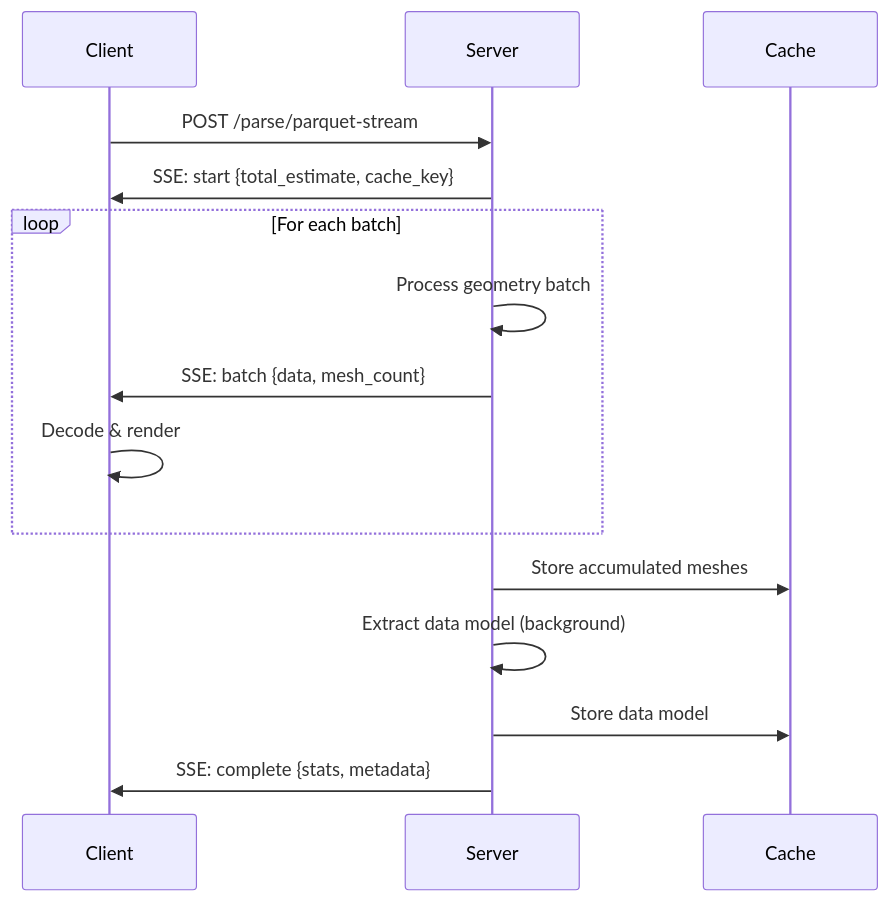
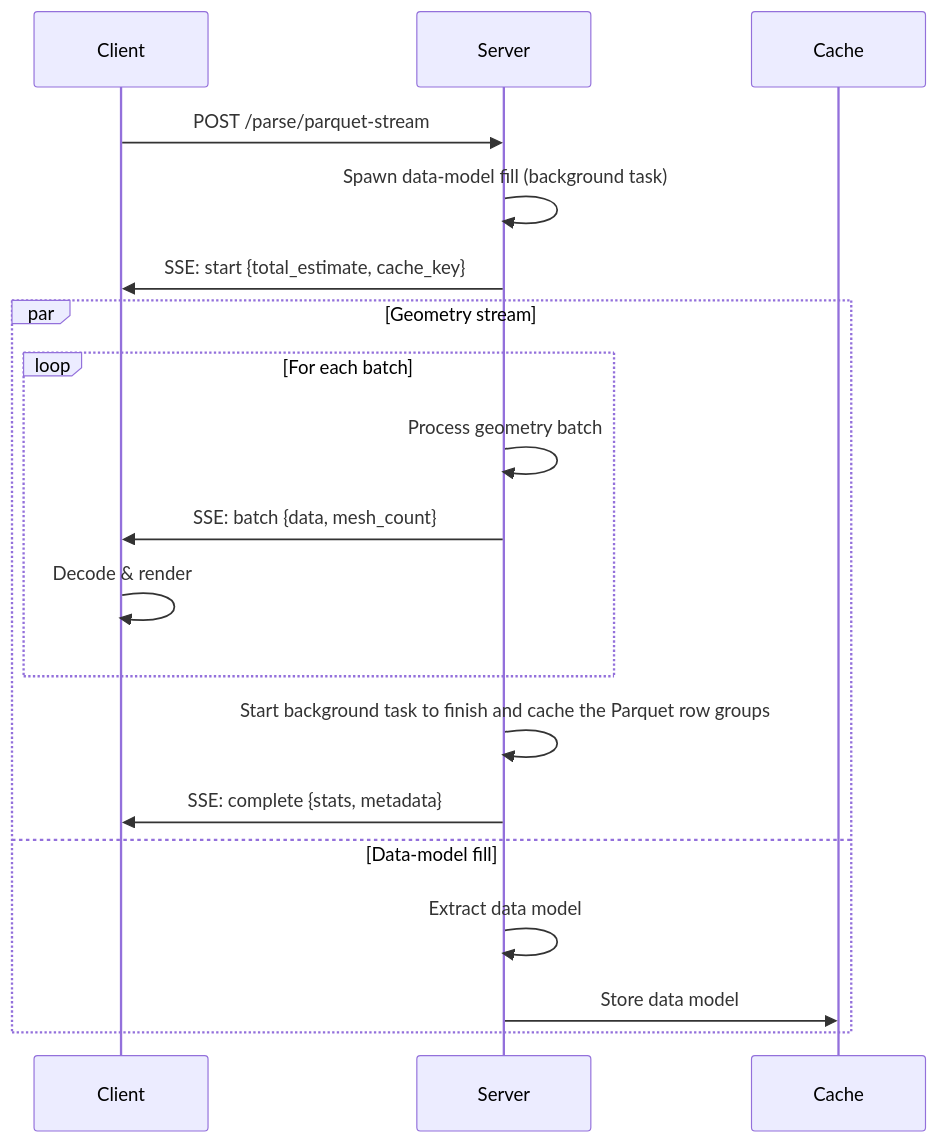
The third of 3 diagrams in docs/guide/server.md (LTplus-AG/ifc-lite), drawn with Mermaid before and after one commit. The commit also changed other lines of this file and 99 other files, not shown here.

````diff
--- a/docs/guide/server.md
+++ b/docs/guide/server.md
@@ -992,20 +1008,23 @@
 ```mermaid
 sequenceDiagram
     participant Client
     participant Server
     participant Cache
 
     Client->>Server: POST /parse/parquet-stream
+    Server->>Server: Spawn data-model fill (background task)
     Server->>Client: SSE: start {total_estimate, cache_key}
 
-    loop For each batch
-        Server->>Server: Process geometry batch
-        Server->>Client: SSE: batch {data, mesh_count}
-        Client->>Client: Decode & render
+    par Geometry stream
+        loop For each batch
+            Server->>Server: Process geometry batch
+            Server->>Client: SSE: batch {data, mesh_count}
+            Client->>Client: Decode & render
+        end
+        Server->>Server: Start background task to finish and cache the Parquet row groups
+        Server->>Client: SSE: complete {stats, metadata}
+    and Data-model fill
+        Server->>Server: Extract data model
+        Server->>Cache: Store data model
     end
-
-    Server->>Cache: Store accumulated meshes
-    Server->>Server: Extract data model (background)
-    Server->>Cache: Store data model
-    Server->>Client: SSE: complete {stats, metadata}
 ```
````
